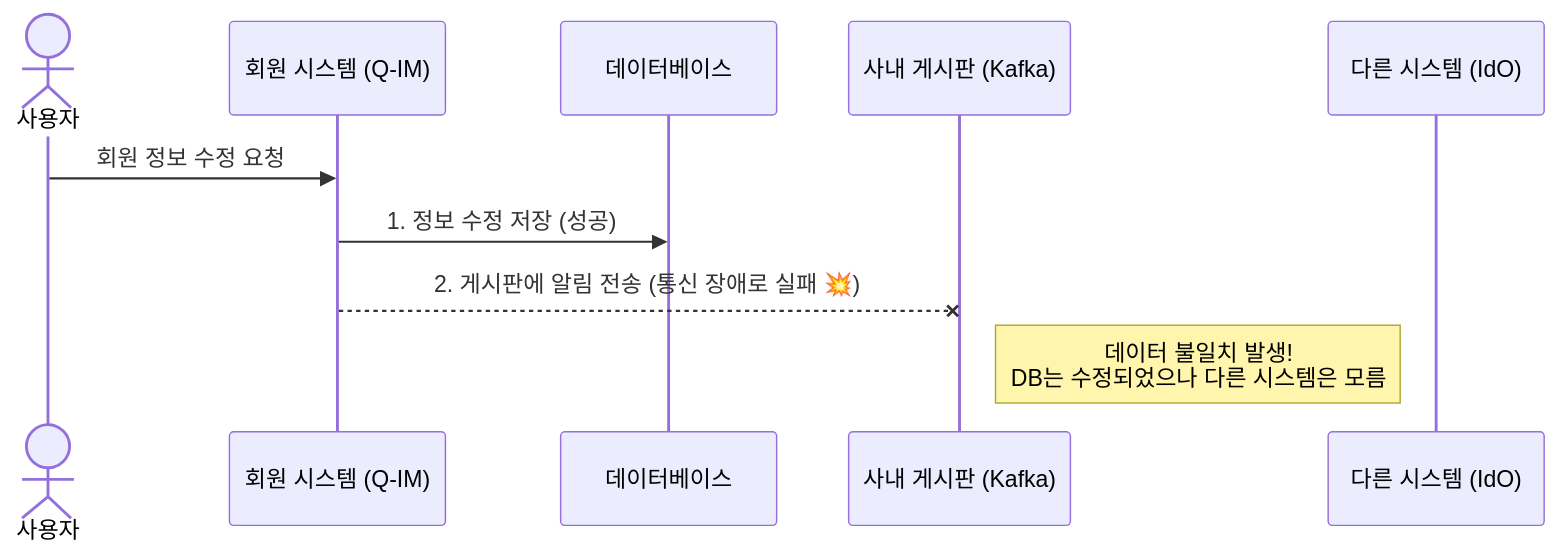
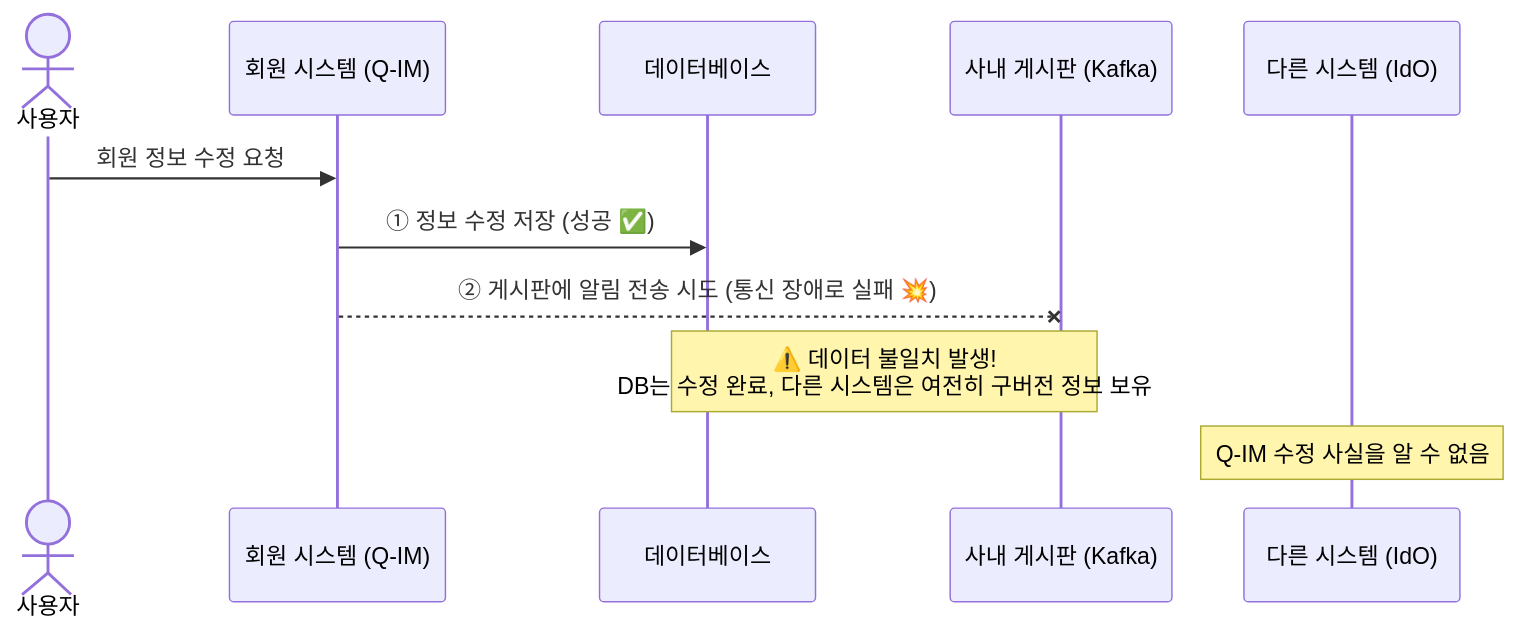
The first of 10 diagrams in docs/kafka_easy_guide_for_managers.md (HipsterMIN/integration-sso), drawn with Mermaid before and after one commit. The commit also changed other lines of this file and 1 other file, not shown here.

````diff
--- a/docs/kafka_easy_guide_for_managers.md
+++ b/docs/kafka_easy_guide_for_managers.md
@@ -27,14 +27,15 @@
 ```mermaid
 sequenceDiagram
     actor 사용자
     participant SYS as 회원 시스템 (Q-IM)
     participant DB as 데이터베이스
     participant KAFKA as 사내 게시판 (Kafka)
-    participant OTHER as 다른 시스템 (IdO)
+    participant IDO as 다른 시스템 (IdO)
 
     사용자->>SYS: 회원 정보 수정 요청
-    SYS->>DB: 1. 정보 수정 저장 (성공)
-    SYS--xKAFKA: 2. 게시판에 알림 전송 (통신 장애로 실패 💥)
-    
-    note right of KAFKA: 데이터 불일치 발생!<br/>DB는 수정되었으나 다른 시스템은 모름
+    SYS->>DB: ① 정보 수정 저장 (성공 ✅)
+    SYS--xKAFKA: ② 게시판에 알림 전송 시도 (통신 장애로 실패 💥)
+
+    note over DB,KAFKA: ⚠️ 데이터 불일치 발생!<br/>DB는 수정 완료, 다른 시스템은 여전히 구버전 정보 보유
+    note over IDO: Q-IM 수정 사실을 알 수 없음
 ```
````
